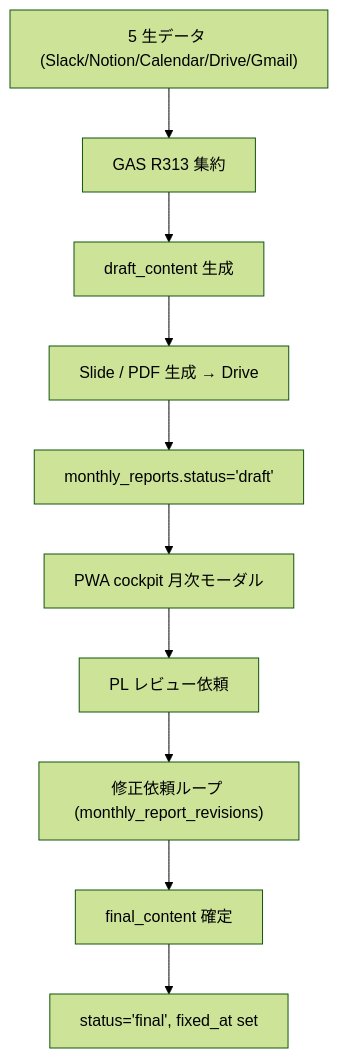
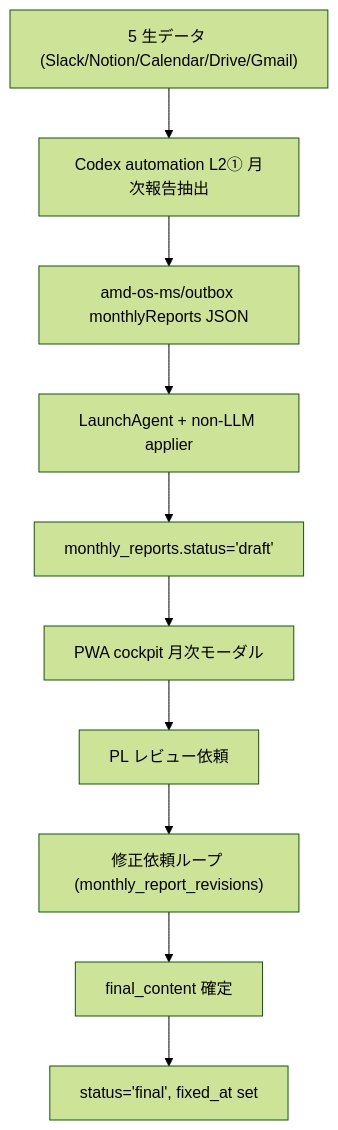
The second of 3 diagrams in pwa/manual/4-8-ms-progress-monthly-report-revision-spec.md (masa-teamarmada/amd-os), drawn with Mermaid (forest theme) before and after one commit. The commit also changed other lines of this file and 71 other files, not shown here.

````diff
--- a/pwa/manual/4-8-ms-progress-monthly-report-revision-spec.md
+++ b/pwa/manual/4-8-ms-progress-monthly-report-revision-spec.md
@@ -117,12 +121,12 @@
 ```mermaid
 flowchart TD
-  A[5 生データ &lpar;Slack/Notion/Calendar/Drive/Gmail&rpar;] --> B[GAS R313 集約]
-  B --> C[draft_content 生成]
-  C --> D[Slide / PDF 生成 → Drive]
+  A[5 生データ &lpar;Slack/Notion/Calendar/Drive/Gmail&rpar;] --> B[Codex automation L2① 月次報告抽出]
+  B --> C[amd-os-ms/outbox monthlyReports JSON]
+  C --> D[LaunchAgent + non-LLM applier]
   D --> E[monthly_reports.status='draft']
   E --> F[PWA cockpit 月次モーダル]
   F --> G[PL レビュー依頼]
   G --> H[修正依頼ループ &lpar;monthly_report_revisions&rpar;]
   H --> I[final_content 確定]
   I --> J[status='final', fixed_at set]
 ```
````
